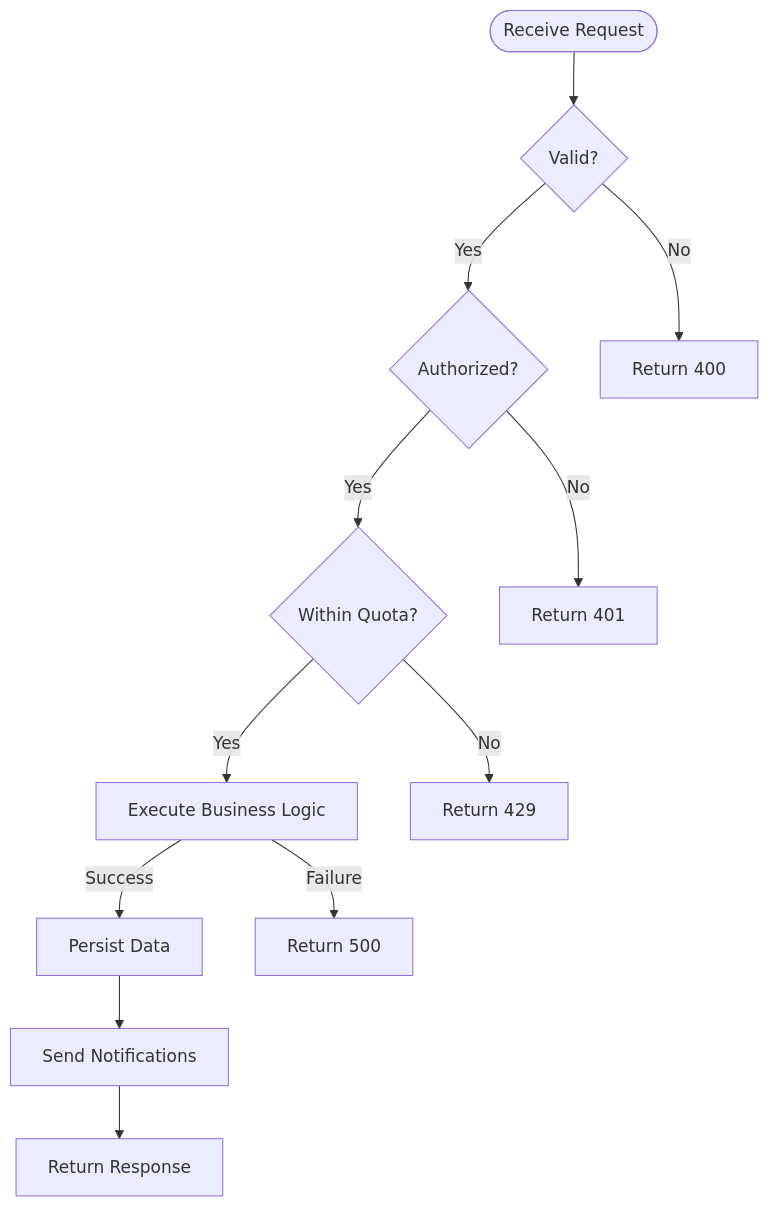
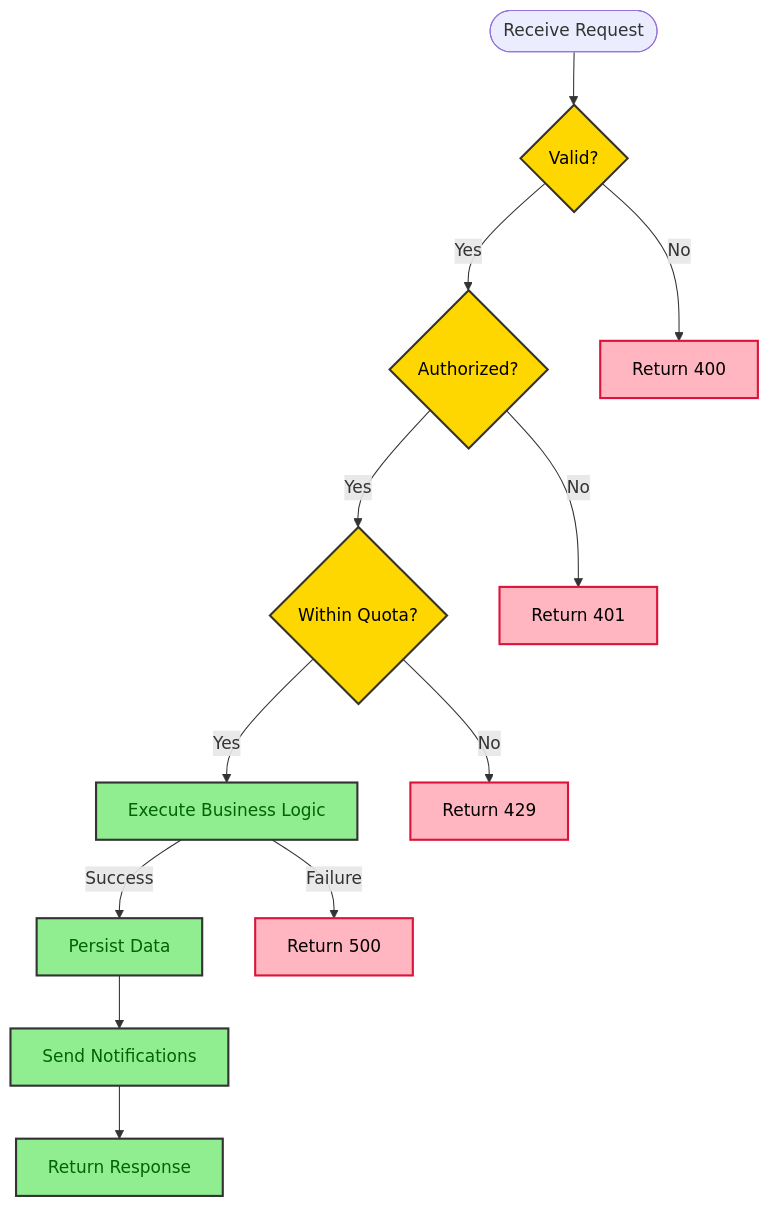
Before and after one commit to kasiopeiya/claude-dev-template: the eighth of 9 diagrams in .claude/skills/design-doc-mermaid/assets/feature-design-template.md, drawn with Mermaid. The commit also changed other lines of this file and 5 other files, not shown here.

````diff
--- a/.claude/skills/design-doc-mermaid/assets/feature-design-template.md
+++ b/.claude/skills/design-doc-mermaid/assets/feature-design-template.md
@@ -331,27 +347,35 @@
 ```mermaid
 flowchart TD
     Start([Receive Request])
     Validate{Valid?}
     CheckAuth{Authorized?}
     CheckQuota{Within Quota?}
     Process[Execute Business Logic]
     SaveData[Persist Data]
     Notify[Send Notifications]
     Return[Return Response]
     ErrorAuth[Return 401]
     ErrorValidation[Return 400]
     ErrorQuota[Return 429]
     ErrorServer[Return 500]
 
     Start --> Validate
     Validate -->|No| ErrorValidation
     Validate -->|Yes| CheckAuth
     CheckAuth -->|No| ErrorAuth
     CheckAuth -->|Yes| CheckQuota
     CheckQuota -->|No| ErrorQuota
     CheckQuota -->|Yes| Process
     Process -->|Success| SaveData
     Process -->|Failure| ErrorServer
     SaveData --> Notify
     Notify --> Return
+
+    classDef step fill:#90EE90,stroke:#333,stroke-width:2px,color:darkgreen
+    classDef decision fill:#FFD700,stroke:#333,stroke-width:2px,color:black
+    classDef error fill:#FFB6C1,stroke:#DC143C,stroke-width:2px,color:black
+
+    class Process,SaveData,Notify,Return step
+    class Validate,CheckAuth,CheckQuota decision
+    class ErrorAuth,ErrorValidation,ErrorQuota,ErrorServer error
 ```
````
